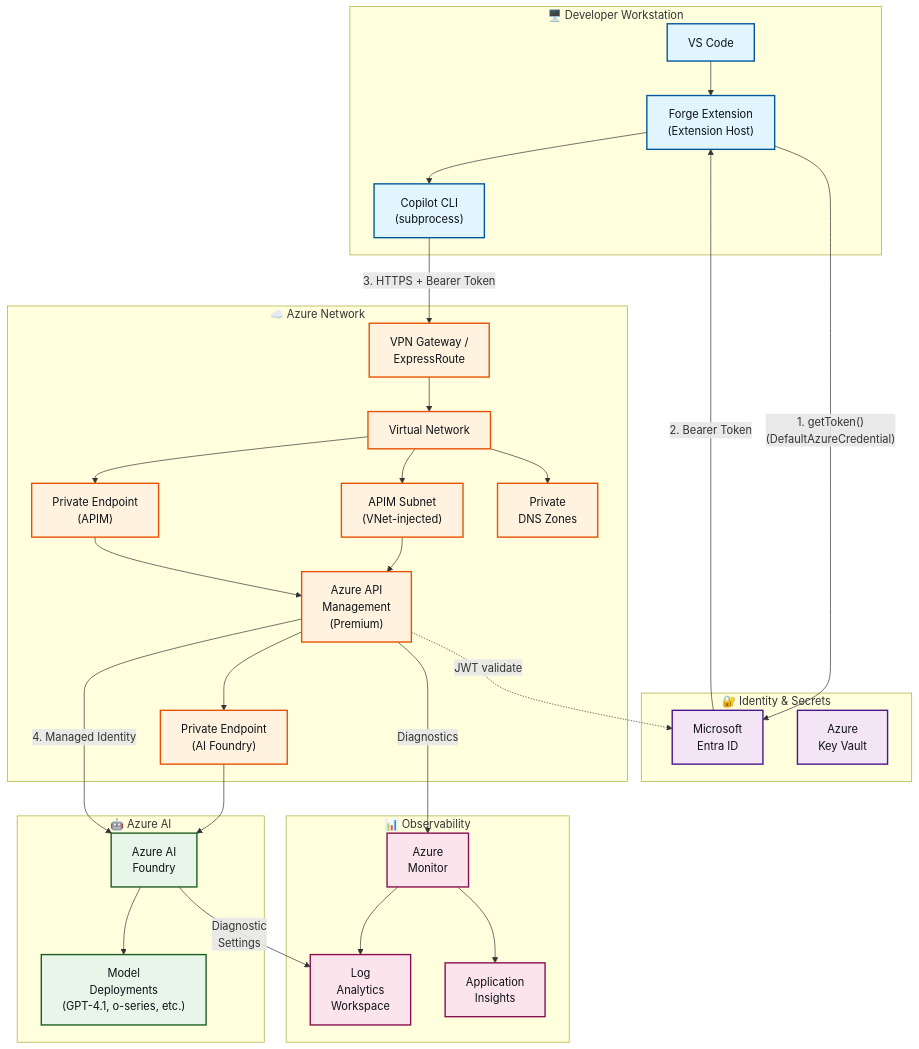
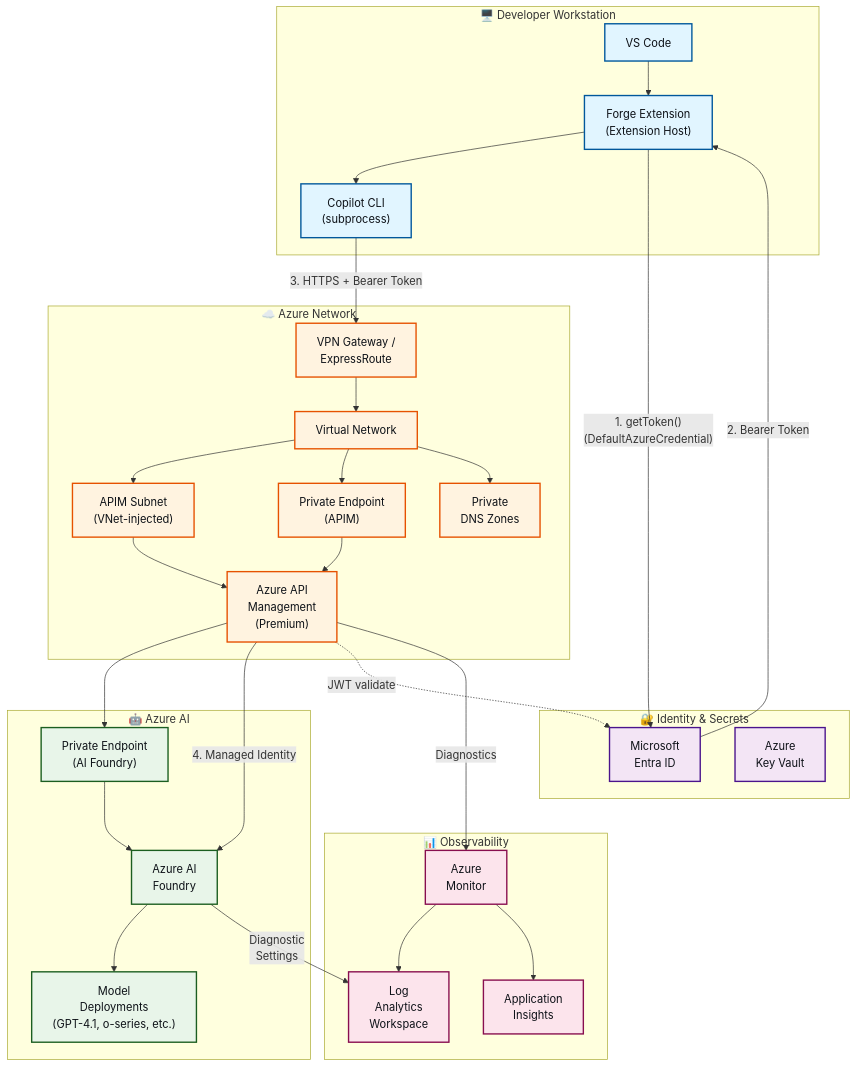
Before and after one commit to robpitcher/forge: the diagram in docs/enterprise-architecture.md, drawn with Mermaid.

Commit message:
fix: move AI Foundry private endpoint into Azure AI subgraph
The PE is the ingress point to the AI Foundry service, so it
belongs visually in the Azure AI box rather than the network box.

````diff
--- a/docs/enterprise-architecture.md
+++ b/docs/enterprise-architecture.md
@@ -7,67 +7,67 @@
 ```mermaid
 graph TB
     subgraph Client["🖥️ Developer Workstation"]
         VSCode["VS Code"]
         ForgeExt["Forge Extension<br/>(Extension Host)"]
         CopilotCLI["Copilot CLI<br/>(subprocess)"]
         VSCode --> ForgeExt
         ForgeExt --> CopilotCLI
     end
 
     subgraph Identity["🔐 Identity & Secrets"]
         EntraID["Microsoft<br/>Entra ID"]
         KeyVault["Azure<br/>Key Vault"]
     end
 
     subgraph AzureNetwork["☁️ Azure Network"]
         VPN["VPN Gateway /<br/>ExpressRoute"]
         VNet["Virtual Network"]
         APIMSubnet["APIM Subnet<br/>(VNet-injected)"]
         APIM["Azure API<br/>Management<br/>(Premium)"]
         PEAPIM["Private Endpoint<br/>(APIM)"]
-        PEAI["Private Endpoint<br/>(AI Foundry)"]
         PrivateDNS["Private<br/>DNS Zones"]
         VPN --> VNet
         VNet --> APIMSubnet
         APIMSubnet --> APIM
         VNet --> PEAPIM
         PEAPIM --> APIM
-        APIM --> PEAI
         VNet --> PrivateDNS
     end
 
     subgraph AzureAI["🤖 Azure AI"]
+        PEAI["Private Endpoint<br/>(AI Foundry)"]
         AIFoundry["Azure AI<br/>Foundry"]
         Models["Model<br/>Deployments<br/>(GPT-4.1, o-series, etc.)"]
+        APIM --> PEAI
         PEAI --> AIFoundry
         AIFoundry --> Models
     end
 
     subgraph Observability["📊 Observability"]
         Monitor["Azure<br/>Monitor"]
         LogAnalytics["Log<br/>Analytics<br/>Workspace"]
         AppInsights["Application<br/>Insights"]
         Monitor --> LogAnalytics
         Monitor --> AppInsights
     end
 
     ForgeExt -->|"1. getToken()<br/>(DefaultAzureCredential)"| EntraID
     EntraID -->|"2. Bearer Token"| ForgeExt
     CopilotCLI -->|"3. HTTPS + Bearer Token"| VPN
     APIM -->|"4. Managed Identity"| AIFoundry
     APIM -.->|"JWT validate"| EntraID
     APIM -->|"Diagnostics"| Monitor
     AIFoundry -->|"Diagnostic<br/>Settings"| LogAnalytics
 
     classDef client fill:#e1f5ff,stroke:#01579b,stroke-width:2px,color:#0d1117
     classDef identity fill:#f3e5f5,stroke:#4a148c,stroke-width:2px,color:#0d1117
     classDef network fill:#fff3e0,stroke:#e65100,stroke-width:2px,color:#0d1117
     classDef ai fill:#e8f5e9,stroke:#1b5e20,stroke-width:2px,color:#0d1117
     classDef observability fill:#fce4ec,stroke:#880e4f,stroke-width:2px,color:#0d1117
 
     class VSCode,ForgeExt,CopilotCLI client
     class EntraID,KeyVault identity
-    class VPN,VNet,APIMSubnet,APIM,PEAPIM,PEAI,PrivateDNS network
-    class AIFoundry,Models ai
+    class VPN,VNet,APIMSubnet,APIM,PEAPIM,PrivateDNS network
+    class AIFoundry,Models,PEAI ai
     class Monitor,LogAnalytics,AppInsights observability
 ```
````
